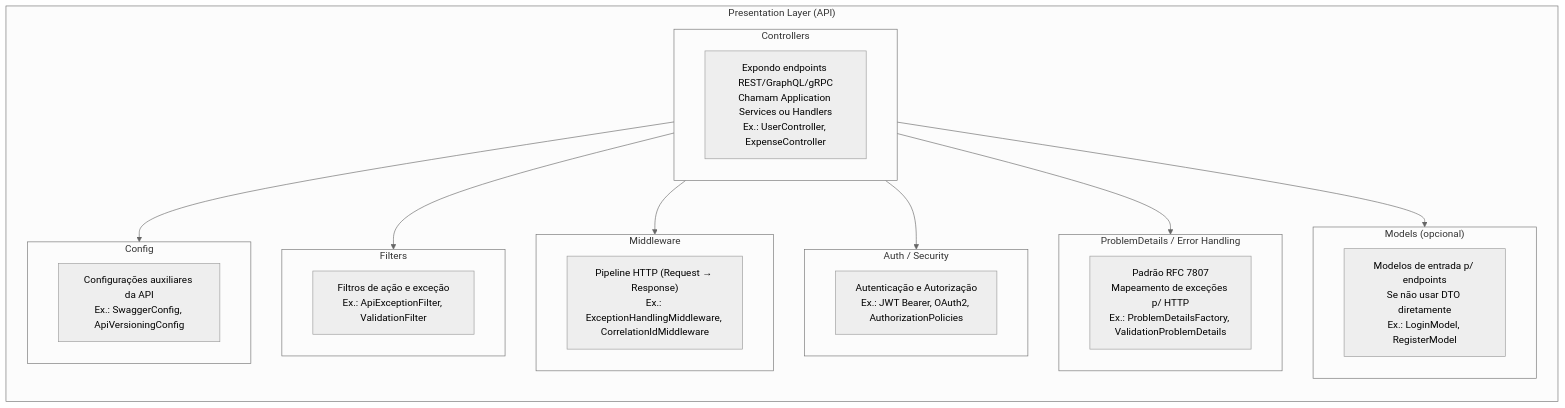
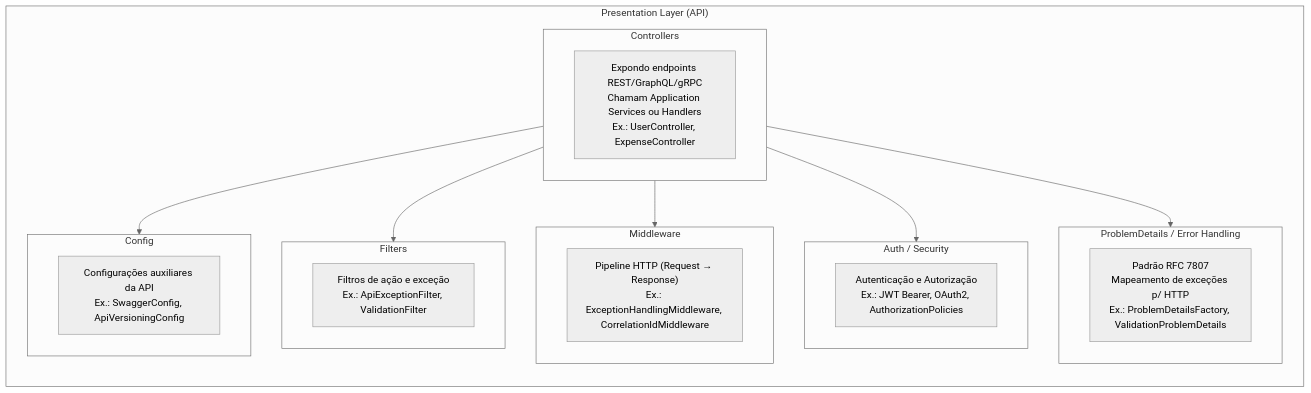
Diagram 12 of 12 in README.md (rodrigofurlaneti/FSI.Authentication.Api.BackEnd), drawn with Mermaid (neutral theme) before and after one commit.

````diff
--- a/README.md
+++ b/README.md
@@ -458,44 +458,39 @@
 ```mermaid
 %%{init: {"flowchart": {"htmlLabels": false}} }%%
 flowchart TB
 
   subgraph Presentation["Presentation Layer (API)"]
     direction TB
 
     subgraph Controllers["Controllers"]
       C_desc["Expondo endpoints REST/GraphQL/gRPC\nChamam Application Services ou Handlers\nEx.: UserController, ExpenseController"]
     end
 
     subgraph Filters["Filters"]
       F_desc["Filtros de ação e exceção\nEx.: ApiExceptionFilter, ValidationFilter"]
     end
 
     subgraph Middleware["Middleware"]
       M_desc["Pipeline HTTP (Request → Response)\nEx.: ExceptionHandlingMiddleware, CorrelationIdMiddleware"]
     end
 
     subgraph Auth["Auth / Security"]
       A_desc["Autenticação e Autorização\nEx.: JWT Bearer, OAuth2, AuthorizationPolicies"]
     end
 
     subgraph ProblemDetails["ProblemDetails / Error Handling"]
       PD_desc["Padrão RFC 7807\nMapeamento de exceções p/ HTTP\nEx.: ProblemDetailsFactory, ValidationProblemDetails"]
     end
 
-    subgraph Models["Models (opcional)"]
-      Mo_desc["Modelos de entrada p/ endpoints\nSe não usar DTO diretamente\nEx.: LoginModel, RegisterModel"]
-    end
-
     subgraph Config["Config"]
       Co_desc["Configurações auxiliares da API\nEx.: SwaggerConfig, ApiVersioningConfig"]
     end
   end
 
   %% Relações
   Controllers --> Filters
   Controllers --> Middleware
   Controllers --> Auth
   Controllers --> ProblemDetails
-  Controllers --> Models
   Controllers --> Config
 ```
````
